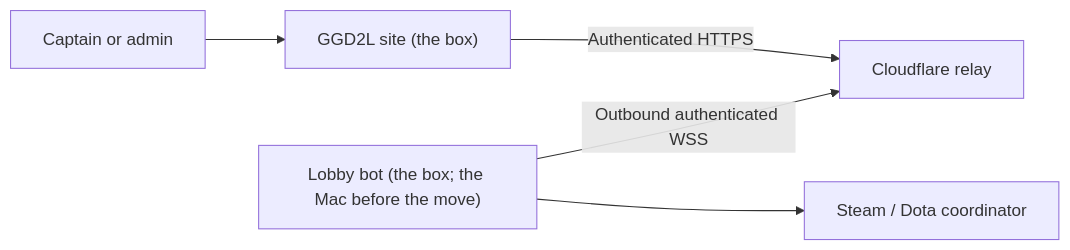
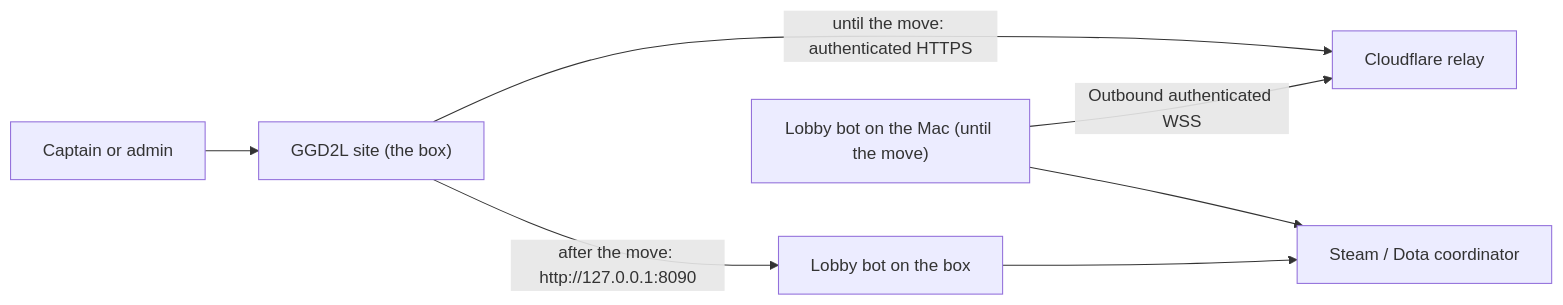
One commit to timothyjjcrow/under-5k-league changed the diagram in docs/DOTA-LOBBY-BOT.md. Above: the diagram before and after it, drawn with Mermaid. The commit also changed other lines of this file and 1 other file, not shown here.

First line of the commit message:
Bot docs: one game at a time until its postgame, resyncs, logs, and the loopback move

````diff
--- a/docs/DOTA-LOBBY-BOT.md
+++ b/docs/DOTA-LOBBY-BOT.md
@@ -11,7 +11,9 @@
 ```mermaid
 flowchart LR
   Captain[Captain or admin] --> Site["GGD2L site (the box)"]
-  Site -->|Authenticated HTTPS| Relay[Cloudflare relay]
-  Bot["Lobby bot (the box; the Mac before the move)"] -->|Outbound authenticated WSS| Relay
-  Bot --> Steam[Steam / Dota coordinator]
+  Site -->|"until the move: authenticated HTTPS"| Relay[Cloudflare relay]
+  Mac["Lobby bot on the Mac (until the move)"] -->|Outbound authenticated WSS| Relay
+  Site -->|"after the move: http://127.0.0.1:8090"| Box["Lobby bot on the box"]
+  Mac --> Steam[Steam / Dota coordinator]
+  Box --> Steam
 ```
````
